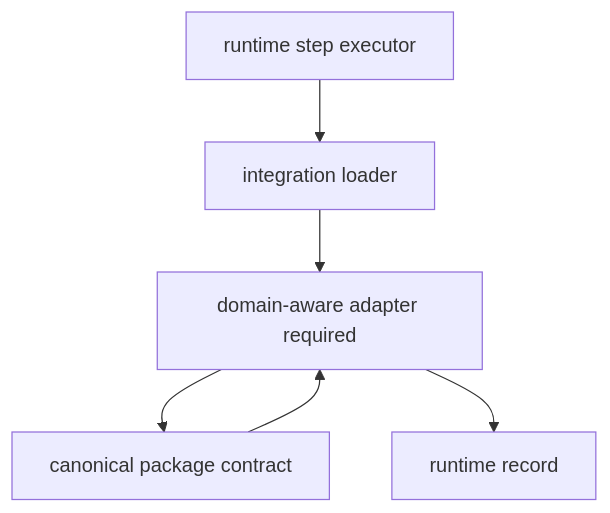
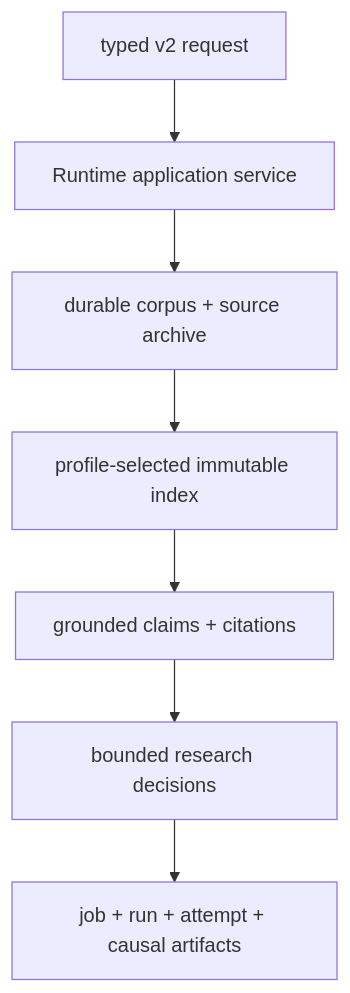
One commit to bijux/bijux-canon changed the second of 3 diagrams in docs/06-bijux-canon-runtime/index.md. Above: the diagram before and after it, drawn with Mermaid. The commit also changed other lines of this file and 13 other files, not shown here.

````diff
--- a/docs/06-bijux-canon-runtime/index.md
+++ b/docs/06-bijux-canon-runtime/index.md
@@ -94,8 +93,9 @@
 ```mermaid
 flowchart TD
-    executor["runtime step executor"] --> loader["integration loader"]
-    loader --> adapter["domain-aware adapter required"]
-    adapter --> package["canonical package contract"]
-    adapter --> record["runtime record"]
-    package --> adapter
+    request["typed v2 request"] --> runtime["Runtime application service"]
+    runtime --> ingest["durable corpus + source archive"]
+    ingest --> index["profile-selected immutable index"]
+    index --> reason["grounded claims + citations"]
+    reason --> agent["bounded research decisions"]
+    agent --> record["job + run + attempt + causal artifacts"]
 ```
````
